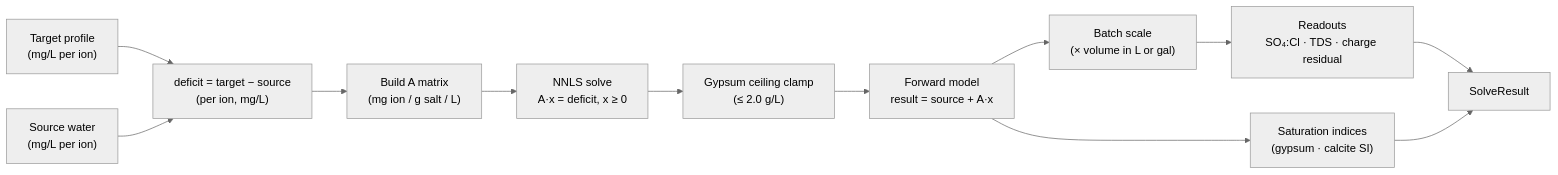
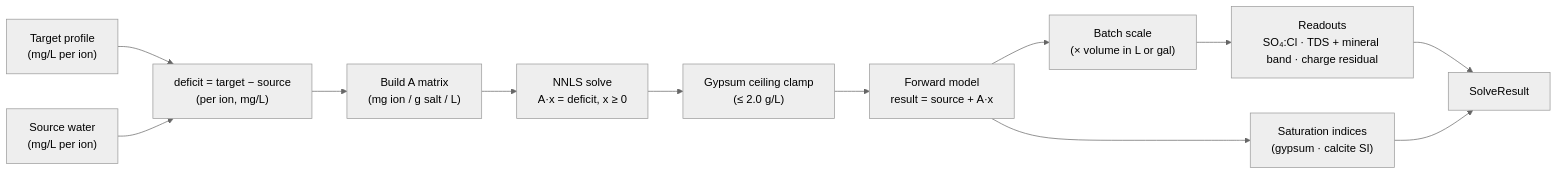
Before and after one commit to cacack/waterforge: the diagram in docs/architecture/overview.md, drawn with Mermaid (neutral theme). The commit also changed other lines of this file and 17 other files, not shown here.

First line of the commit message:
feat(profiles): show a mineral band and the published TDS beside the TDS readout

````diff
--- a/docs/architecture/overview.md
+++ b/docs/architecture/overview.md
@@ -58,14 +58,14 @@
 ```mermaid
 flowchart LR
     A["Target profile\n(mg/L per ion)"] --> D
     B["Source water\n(mg/L per ion)"] --> D
     D["deficit = target − source\n(per ion, mg/L)"] --> E
     E["Build A matrix\n(mg ion / g salt / L)"] --> F
     F["NNLS solve\nA·x = deficit, x ≥ 0"] --> G
     G["Gypsum ceiling clamp\n(≤ 2.0 g/L)"] --> H
     H["Forward model\nresult = source + A·x"] --> I
     I["Batch scale\n(× volume in L or gal)"] --> J
-    J["Readouts\nSO₄:Cl · TDS · charge residual"] --> K
+    J["Readouts\nSO₄:Cl · TDS + mineral band · charge residual"] --> K
     H --> L["Saturation indices\n(gypsum · calcite SI)"] --> K
     K["SolveResult"]
 ```
````
